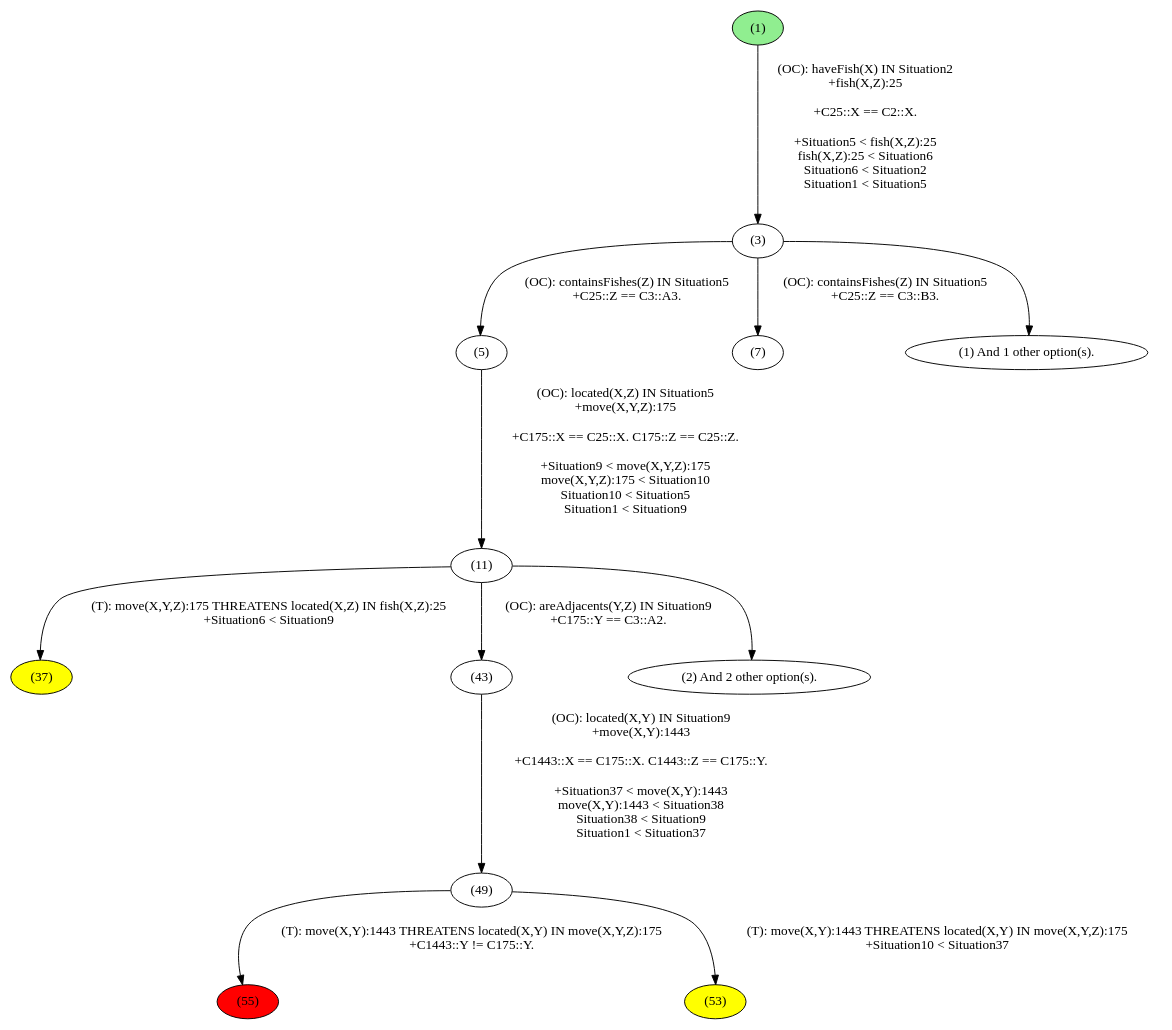
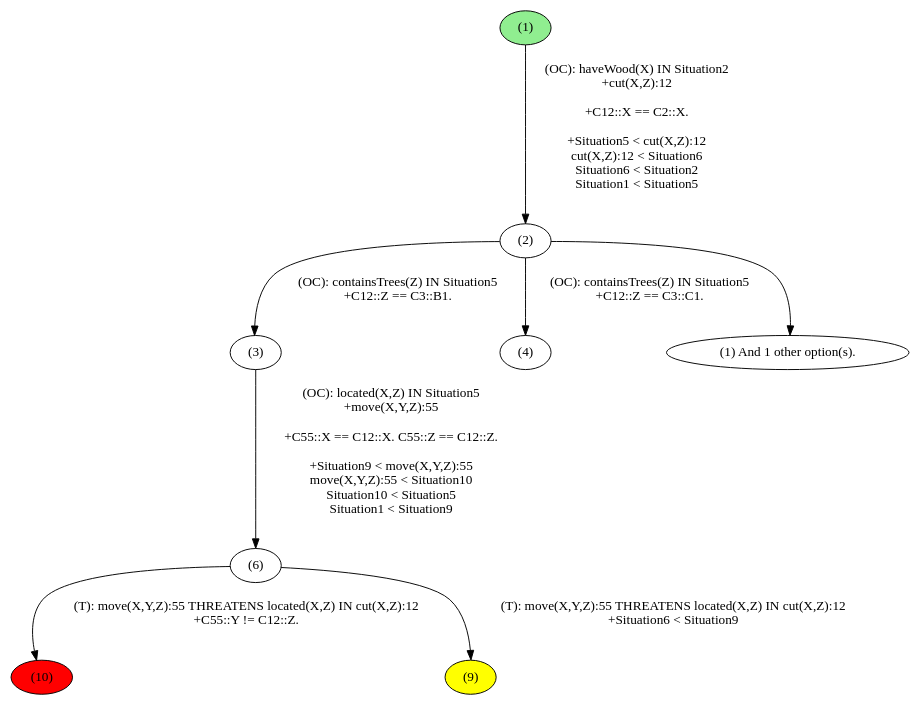
Before and after one commit to tokyramarozaka/mimosa-iriela-extension: the diagram in output/detailed.png.dot, drawn with Graphviz. The commit also changed 21 other files, not shown here.

```diff
--- a/output/detailed.png.dot
+++ b/output/detailed.png.dot
@@ -1,65 +1,44 @@
 digraph G {
-"(55) " [style=filled,fillcolor="red"];
-"(53) " [style=filled,fillcolor="yellow"];
-"(37) " [style=filled,fillcolor="yellow"];
+"(10) " [style=filled,fillcolor="red"];
+"(9) " [style=filled,fillcolor="yellow"];
 "(1) " [style=filled,fillcolor="lightgreen"];
-"(1) " -> "(3) " [label="(OC): haveFish(X) IN Situation2
-+fish(X,Z):25
+"(1) " -> "(2) " [label="(OC): haveWood(X) IN Situation2
++cut(X,Z):12
 
-+C25::X == C2::X. 
++C12::X == C2::X. 
 
-+Situation5 < fish(X,Z):25
-fish(X,Z):25 < Situation6
++Situation5 < cut(X,Z):12
+cut(X,Z):12 < Situation6
 Situation6 < Situation2
 Situation1 < Situation5
 
 "];
-"(3) " -> "(5) " [label="(OC): containsFishes(Z) IN Situation5
-+C25::Z == C3::A3. 
+"(2) " -> "(3) " [label="(OC): containsTrees(Z) IN Situation5
++C12::Z == C3::B1. 
 
 "];
-"(3) " -> "(7) " [label="(OC): containsFishes(Z) IN Situation5
-+C25::Z == C3::B3. 
+"(2) " -> "(4) " [label="(OC): containsTrees(Z) IN Situation5
++C12::Z == C3::C1. 
 
 "];
-"(3) " -> "(1) And 1 other option(s).";
-"(5) " -> "(11) " [label="(OC): located(X,Z) IN Situation5
-+move(X,Y,Z):175
+"(2) " -> "(1) And 1 other option(s).";
+"(3) " -> "(6) " [label="(OC): located(X,Z) IN Situation5
++move(X,Y,Z):55
 
-+C175::X == C25::X. C175::Z == C25::Z. 
++C55::X == C12::X. C55::Z == C12::Z. 
 
-+Situation9 < move(X,Y,Z):175
-move(X,Y,Z):175 < Situation10
++Situation9 < move(X,Y,Z):55
+move(X,Y,Z):55 < Situation10
 Situation10 < Situation5
 Situation1 < Situation9
 
 "];
-"(11) " -> "(43) " [label="(OC): areAdjacents(Y,Z) IN Situation9
-+C175::Y == C3::A2. 
+"(6) " -> "(10) " [label="(T): move(X,Y,Z):55 THREATENS located(X,Z) IN cut(X,Z):12
++C55::Y != C12::Z. 
 
 "];
-"(11) " -> "(37) " [label="(T): move(X,Y,Z):175 THREATENS located(X,Z) IN fish(X,Z):25
+"(6) " -> "(9) " [label="(T): move(X,Y,Z):55 THREATENS located(X,Z) IN cut(X,Z):12
 +Situation6 < Situation9
 
 "];
-"(11) " -> "(2) And 2 other option(s).";
-"(43) " -> "(49) " [label="(OC): located(X,Y) IN Situation9
-+move(X,Y):1443
-
-+C1443::X == C175::X. C1443::Z == C175::Y. 
-
-+Situation37 < move(X,Y):1443
-move(X,Y):1443 < Situation38
-Situation38 < Situation9
-Situation1 < Situation37
-
-"];
-"(49) " -> "(55) " [label="(T): move(X,Y):1443 THREATENS located(X,Y) IN move(X,Y,Z):175
-+C1443::Y != C175::Y. 
-
-"];
-"(49) " -> "(53) " [label="(T): move(X,Y):1443 THREATENS located(X,Y) IN move(X,Y,Z):175
-+Situation10 < Situation37
-
-"];
 }
```
